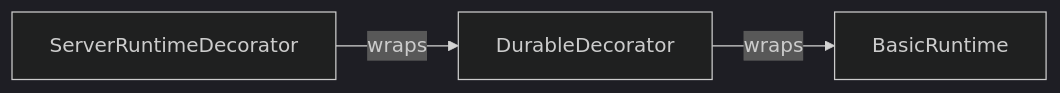
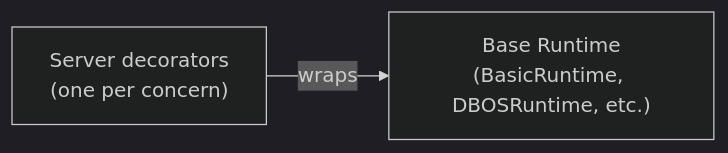
Before and after one commit to run-llama/workflows-py: the second of 3 diagrams in architecture-docs/server-architecture.md, drawn with Mermaid (dark theme). The commit also changed other lines of this file and 2 other files, not shown here.

````diff
--- a/architecture-docs/server-architecture.md
+++ b/architecture-docs/server-architecture.md
@@ -44,5 +41,4 @@
 ```mermaid
 graph LR
-    Server["ServerRuntimeDecorator"] -->|wraps| Durable["DurableDecorator"]
-    Durable -->|wraps| Inner["BasicRuntime"]
+    Outer["Server decorators\n(one per concern)"] -->|wraps| Inner["Base Runtime\n(BasicRuntime, DBOSRuntime, etc.)"]
 ```
````
